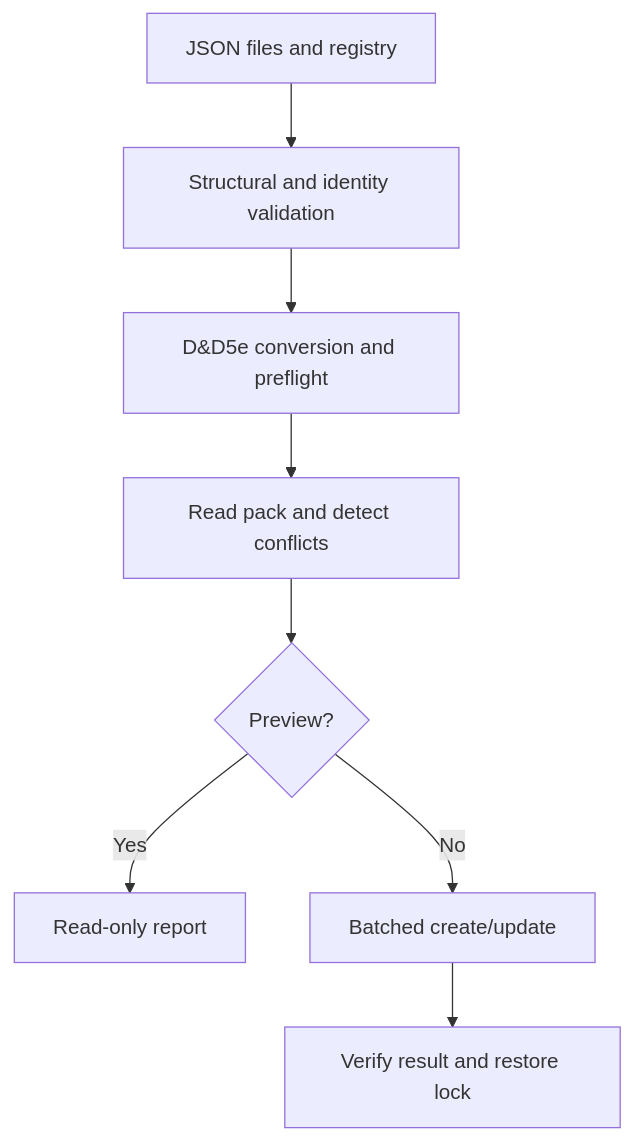
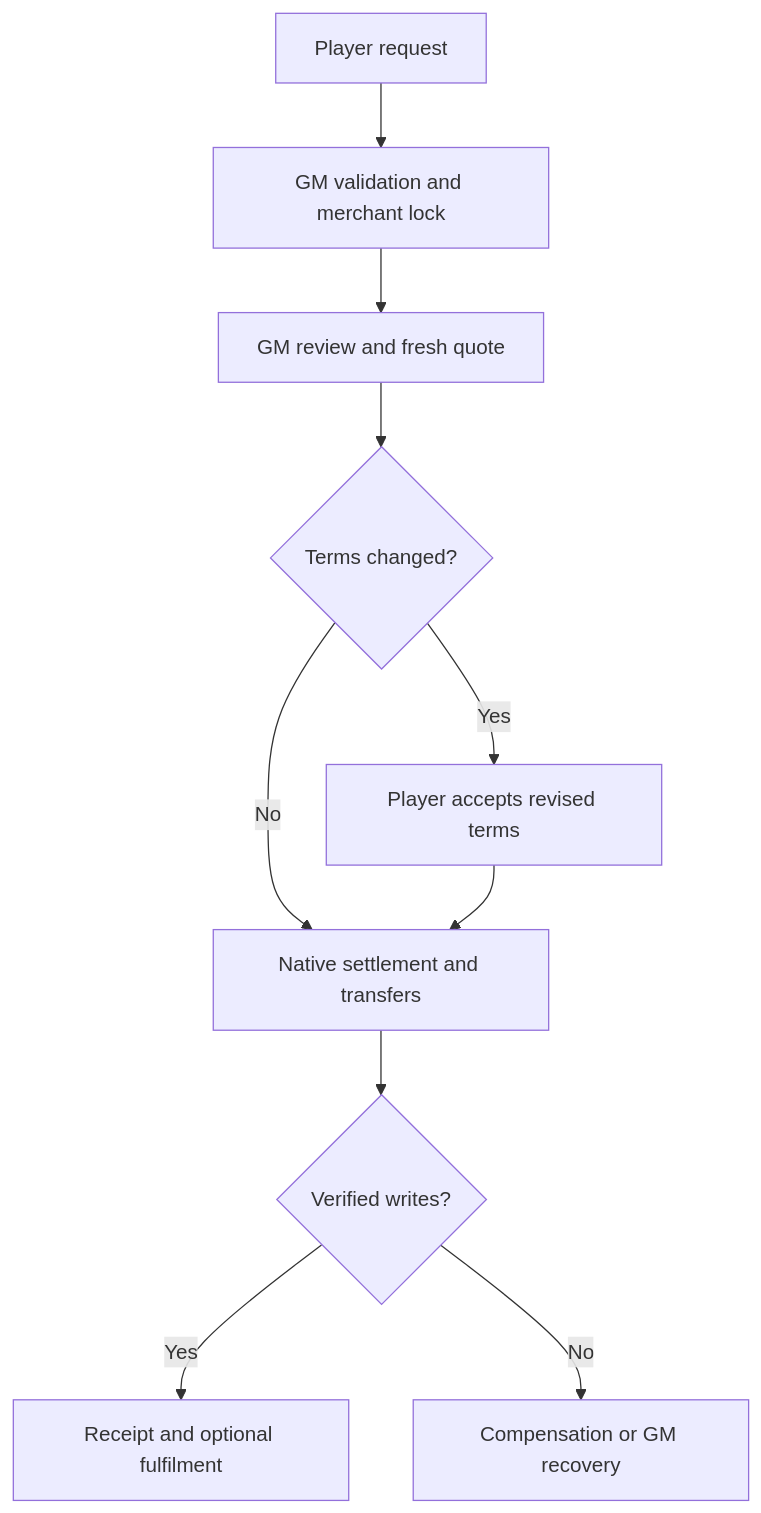
Before and after one commit to devilclarke42/DevilsTable: the diagram in docs/ARCHITECTURE.md, drawn with Mermaid. The commit also changed other lines of this file and 89 other files, not shown here.

````diff
--- a/docs/ARCHITECTURE.md
+++ b/docs/ARCHITECTURE.md
@@ -191,10 +37,12 @@
 ```mermaid
 flowchart TD
-  A["JSON files and registry"] --> B["Structural and identity validation"]
-  B --> C["D&D5e conversion and preflight"]
-  C --> D["Read pack and detect conflicts"]
-  D --> E{"Preview?"}
-  E -->|Yes| F["Read-only report"]
-  E -->|No| G["Batched create/update"]
-  G --> H["Verify result and restore lock"]
+  R["Player request"] --> V["GM validation and merchant lock"]
+  V --> Q["GM review and fresh quote"]
+  Q --> C{"Terms changed?"}
+  C -->|Yes| A["Player accepts revised terms"]
+  C -->|No| T["Native settlement and transfers"]
+  A --> T
+  T --> E{"Verified writes?"}
+  E -->|Yes| F["Receipt and optional fulfilment"]
+  E -->|No| B["Compensation or GM recovery"]
 ```
````
